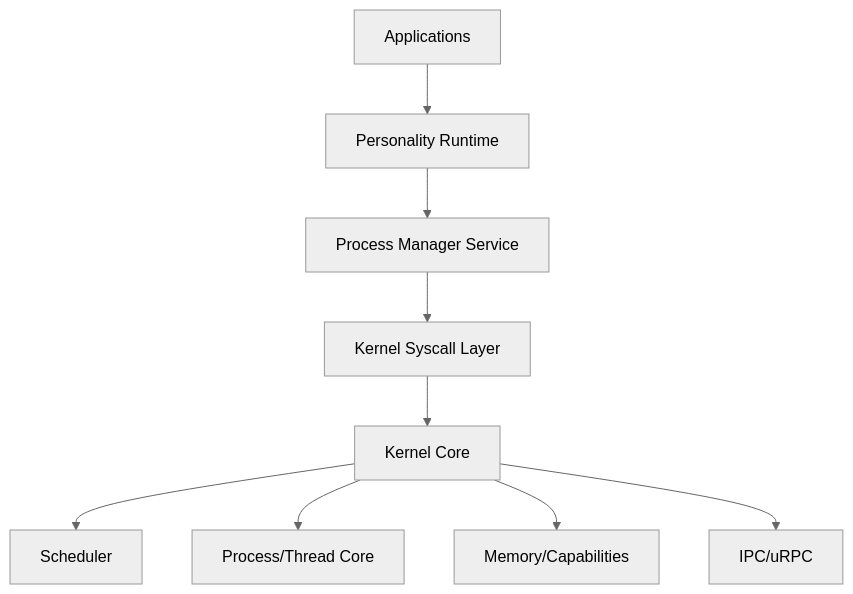
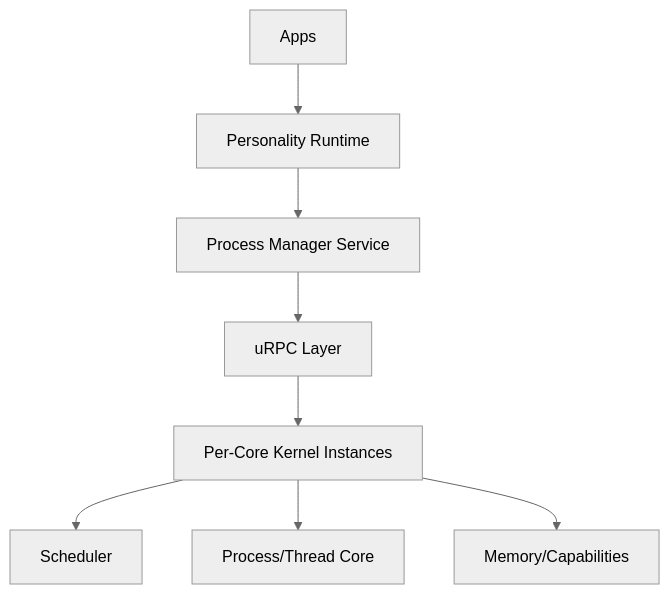
One commit to CloudCarpentry/Bharat-OS changed the second of 8 diagrams in docs/architecture/kernel/process_thread.md. Above: the diagram before and after it, drawn with Mermaid (neutral theme). The commit also changed other lines of this file and 3 other files, not shown here.

Commit message:
docs: update architecture for true multikernel distributed state

````diff
--- a/docs/architecture/kernel/process_thread.md
+++ b/docs/architecture/kernel/process_thread.md
@@ -52,12 +45,11 @@
 ```mermaid
 graph TD
-    A[Applications] --> B[Personality Runtime]
+    A[Apps] --> B[Personality Runtime]
     B --> C[Process Manager Service]
-    C --> D[Kernel Syscall Layer]
-    D --> E[Kernel Core]
+    C --> D[uRPC Layer]
+    D --> E[Per-Core Kernel Instances]
 
     E --> F[Scheduler]
     E --> G[Process/Thread Core]
     E --> H[Memory/Capabilities]
-    E --> I[IPC/uRPC]
 ```
````
